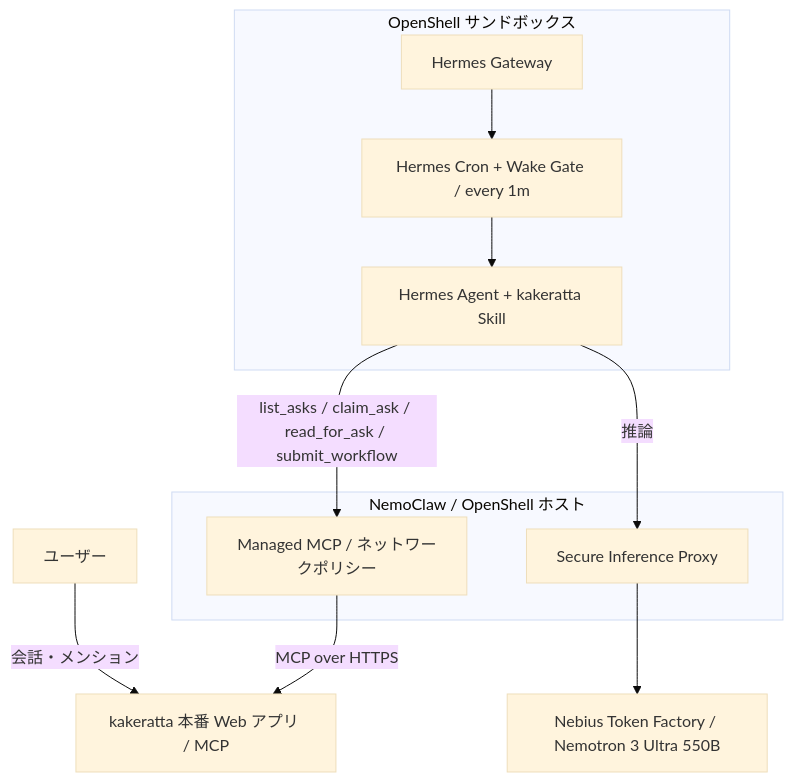
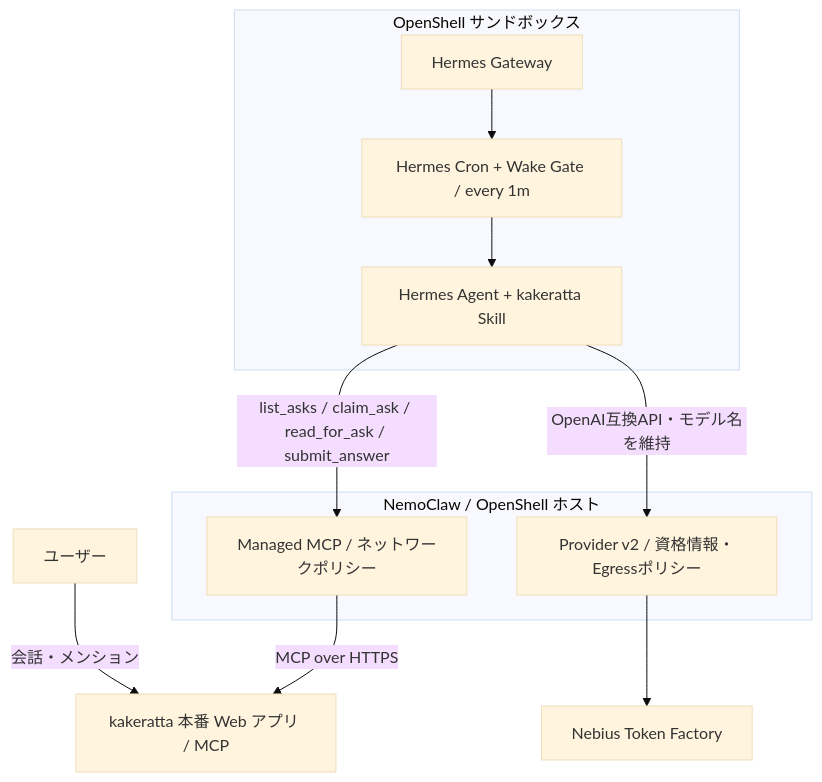
The diagram in docs/nemoclaw-hermes-integration_ja.md (takeshy/kakeratta), drawn with Mermaid (base theme) before and after one commit. The commit also changed other lines of this file and 4 other files, not shown here.

First line of the commit message:
Document OpenShell Provider v2 migration and harden Wake Gate pre-checks

````diff
--- a/docs/nemoclaw-hermes-integration_ja.md
+++ b/docs/nemoclaw-hermes-integration_ja.md
@@ -16,16 +16,16 @@
 ```mermaid
 flowchart TD
     U["ユーザー"] -->|"会話・メンション"| K["kakeratta 本番 Web アプリ / MCP"]
     subgraph H["NemoClaw / OpenShell ホスト"]
       M["Managed MCP / ネットワークポリシー"]
-      P["Secure Inference Proxy"]
+      P["Provider v2 / 資格情報・Egressポリシー"]
     end
     subgraph S["OpenShell サンドボックス"]
       G["Hermes Gateway"]
       C["Hermes Cron + Wake Gate / every 1m"]
       A["Hermes Agent + kakeratta Skill"]
       G --> C --> A
     end
-    A -->|"list_asks / claim_ask / read_for_ask / submit_workflow"| M -->|"MCP over HTTPS"| K
-    A -->|"推論"| P --> N["Nebius Token Factory / Nemotron 3 Ultra 550B"]
+    A -->|"list_asks / claim_ask / read_for_ask / submit_answer"| M -->|"MCP over HTTPS"| K
+    A -->|"OpenAI互換API・モデル名を維持"| P --> N["Nebius Token Factory"]
 ```
````
